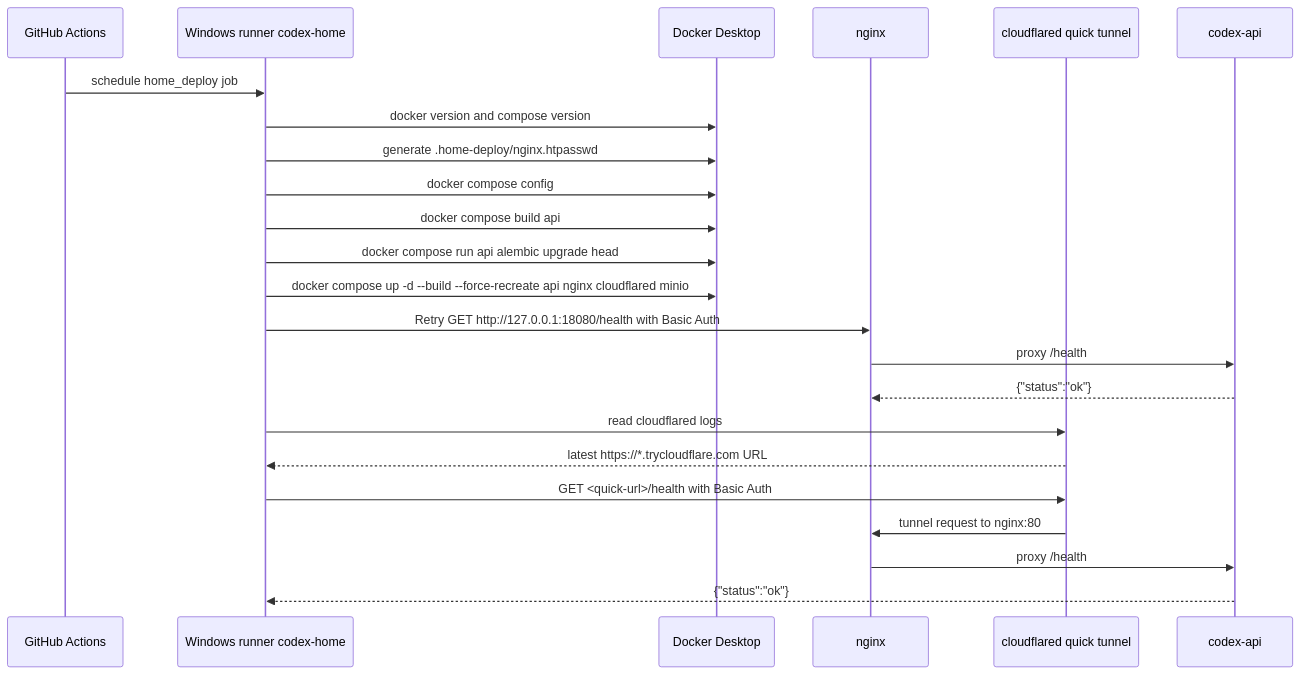
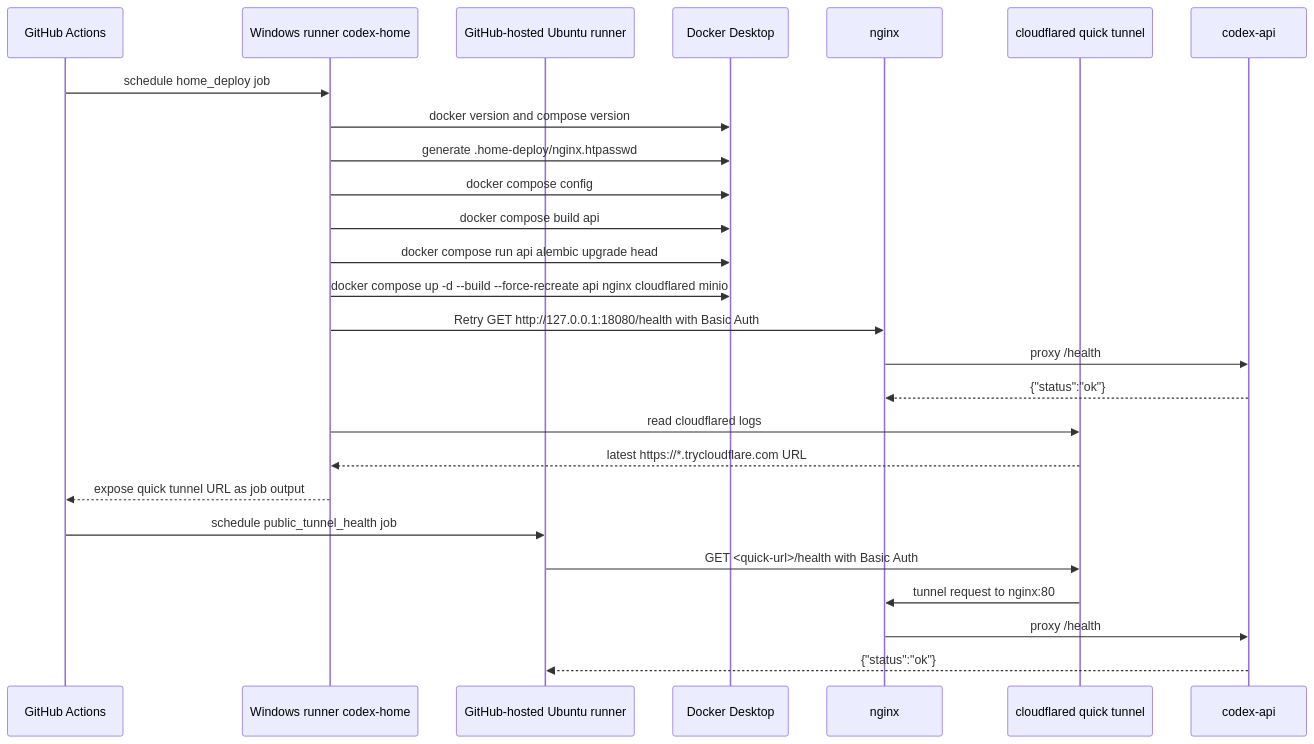
One commit to Mabaragi/codex-youtube-pipeline changed the third of 5 diagrams in docs/CICD.md. Above: the diagram before and after it, drawn with Mermaid. The commit also changed other lines of this file and 1 other file, not shown here.

Commit message:
ci: verify public tunnel off home runner

````diff
--- a/docs/CICD.md
+++ b/docs/CICD.md
@@ -84,26 +84,29 @@
 ```mermaid
 sequenceDiagram
     participant GH as GitHub Actions
     participant Runner as Windows runner codex-home
+    participant PublicRunner as GitHub-hosted Ubuntu runner
     participant Docker as Docker Desktop
     participant Nginx as nginx
     participant CF as cloudflared quick tunnel
     participant API as codex-api
 
     GH->>Runner: schedule home_deploy job
     Runner->>Docker: docker version and compose version
     Runner->>Docker: generate .home-deploy/nginx.htpasswd
     Runner->>Docker: docker compose config
     Runner->>Docker: docker compose build api
     Runner->>Docker: docker compose run api alembic upgrade head
     Runner->>Docker: docker compose up -d --build --force-recreate api nginx cloudflared minio
     Runner->>Nginx: Retry GET http://127.0.0.1:18080/health with Basic Auth
     Nginx->>API: proxy /health
     API-->>Nginx: {"status":"ok"}
     Runner->>CF: read cloudflared logs
     CF-->>Runner: latest https://*.trycloudflare.com URL
-    Runner->>CF: GET <quick-url>/health with Basic Auth
+    Runner-->>GH: expose quick tunnel URL as job output
+    GH->>PublicRunner: schedule public_tunnel_health job
+    PublicRunner->>CF: GET <quick-url>/health with Basic Auth
     CF->>Nginx: tunnel request to nginx:80
     Nginx->>API: proxy /health
-    API-->>Runner: {"status":"ok"}
+    API-->>PublicRunner: {"status":"ok"}
 ```
````
